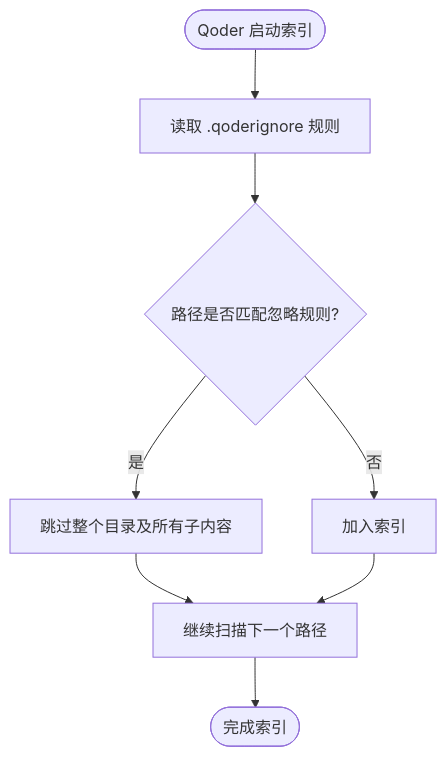
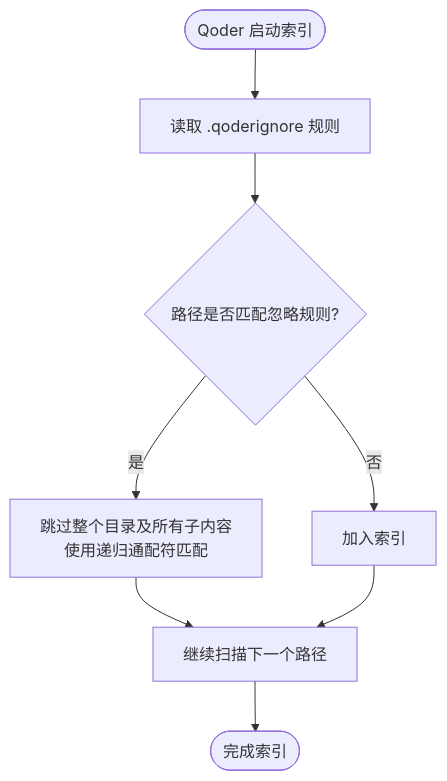
The third of 8 diagrams in .qoder/repowiki/zh/content/部署与维护/Qoder 忽略配置.md (LZC6244/lzc6244.github.io), drawn with Mermaid before and after one commit. The commit also changed other lines of this file and 36 other files, not shown here.

````diff
--- a/.qoder/repowiki/zh/content/部署与维护/Qoder 忽略配置.md
+++ b/.qoder/repowiki/zh/content/部署与维护/Qoder 忽略配置.md
@@ -119,10 +119,10 @@
 ```mermaid
 flowchart TD
 Start(["Qoder 启动索引"]) --> ReadIgnore["读取 .qoderignore 规则"]
 ReadIgnore --> Match{"路径是否匹配忽略规则?"}
-Match --> |是| Skip["跳过整个目录及所有子内容"]
+Match --> |是| Skip["跳过整个目录及所有子内容<br/>使用递归通配符匹配"]
 Match --> |否| Index["加入索引"]
 Skip --> Next["继续扫描下一个路径"]
 Index --> Next
 Next --> End(["完成索引"])
 ```
````
